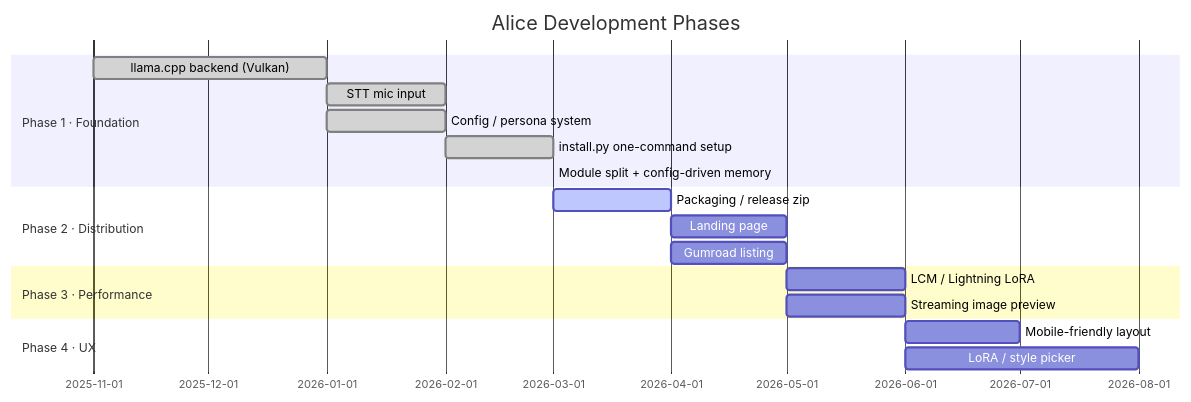
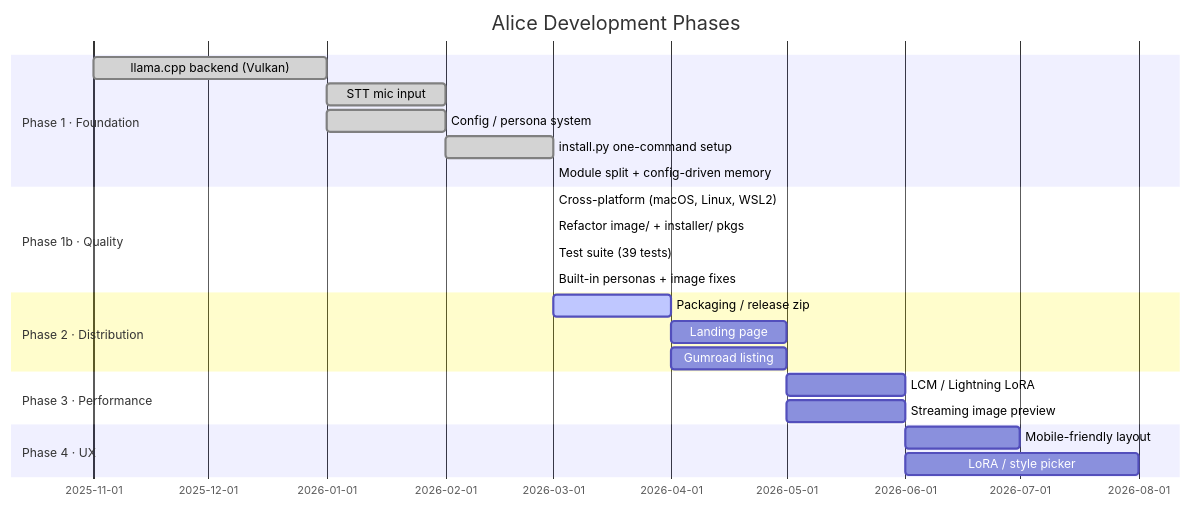
The second of 3 diagrams in Roadmap.md (cschladetsch/PyLocalEnsemble), drawn with Mermaid before and after one commit. The commit also changed other lines of this file and 18 other files, not shown here.

````diff
--- a/Roadmap.md
+++ b/Roadmap.md
@@ -78,25 +81,31 @@
 ```mermaid
 gantt
     dateFormat  YYYY-MM
     title Alice Development Phases
 
     section Phase 1 · Foundation
-    llama.cpp backend (Vulkan)     :done, 2025-11, 2026-01
-    STT mic input                  :done, 2026-01, 2026-02
-    Config / persona system        :done, 2026-01, 2026-02
-    install.py one-command setup   :done, 2026-02, 2026-03
+    llama.cpp backend (Vulkan)          :done, 2025-11, 2026-01
+    STT mic input                       :done, 2026-01, 2026-02
+    Config / persona system             :done, 2026-01, 2026-02
+    install.py one-command setup        :done, 2026-02, 2026-03
     Module split + config-driven memory :done, 2026-03, 2026-03
 
+    section Phase 1b · Quality
+    Cross-platform (macOS, Linux, WSL2) :done, 2026-03, 2026-03
+    Refactor image/ + installer/ pkgs   :done, 2026-03, 2026-03
+    Test suite (39 tests)               :done, 2026-03, 2026-03
+    Built-in personas + image fixes     :done, 2026-03, 2026-03
+
     section Phase 2 · Distribution
-    Packaging / release zip        :active, 2026-03, 2026-04
-    Landing page                   :2026-04, 2026-05
-    Gumroad listing                :2026-04, 2026-05
+    Packaging / release zip             :active, 2026-03, 2026-04
+    Landing page                        :2026-04, 2026-05
+    Gumroad listing                     :2026-04, 2026-05
 
     section Phase 3 · Performance
-    LCM / Lightning LoRA           :2026-05, 2026-06
-    Streaming image preview        :2026-05, 2026-06
+    LCM / Lightning LoRA                :2026-05, 2026-06
+    Streaming image preview             :2026-05, 2026-06
 
     section Phase 4 · UX
-    Mobile-friendly layout         :2026-06, 2026-07
-    LoRA / style picker            :2026-06, 2026-08
+    Mobile-friendly layout              :2026-06, 2026-07
+    LoRA / style picker                 :2026-06, 2026-08
 ```
````
